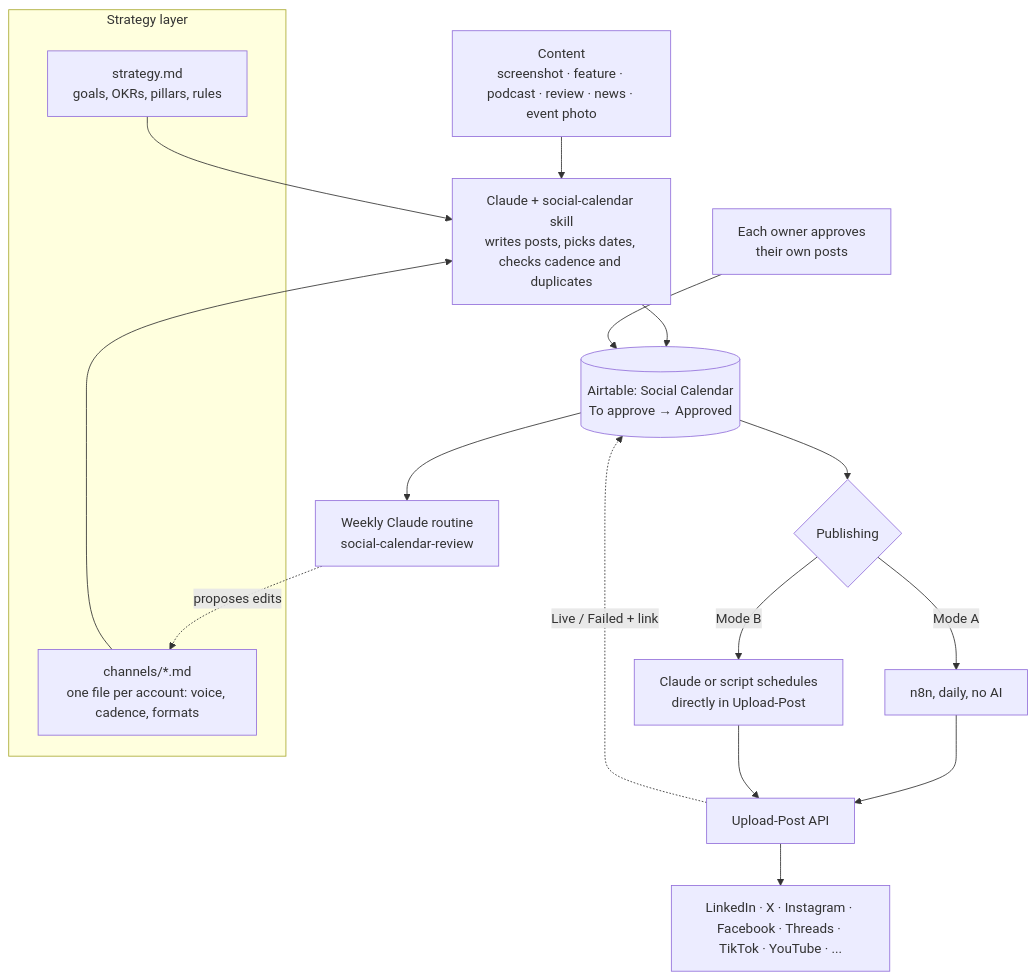
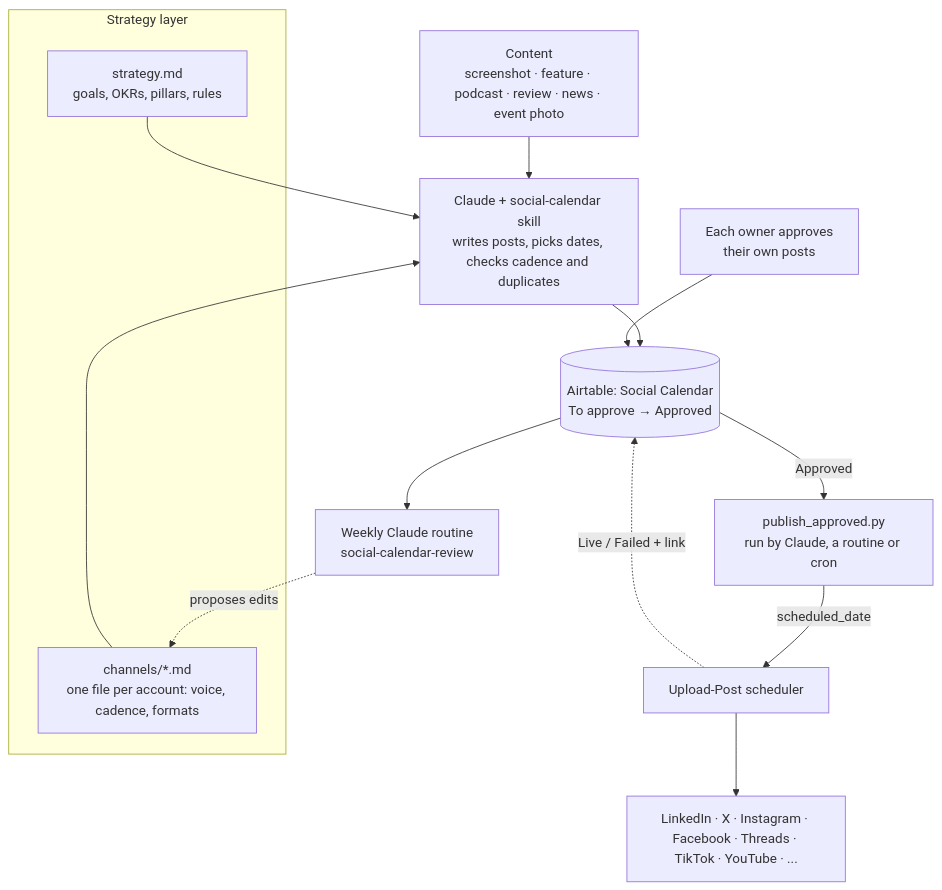
The diagram in README.md (faloppad/agent-social-calendar), drawn with Mermaid before and after one commit. The commit also changed other lines of this file and 12 other files, not shown here.

First line of the commit message:
Drop n8n: publish through Upload-Post's scheduler only

````diff
--- a/README.md
+++ b/README.md
@@ -7,22 +7,19 @@
 ```mermaid
 flowchart TD
   IN["Content<br/>screenshot · feature · podcast · review · news · event photo"] --> SK
   subgraph Strategy layer
     ST[strategy.md<br/>goals, OKRs, pillars, rules]
     CH[channels/*.md<br/>one file per account: voice, cadence, formats]
   end
   ST --> SK
   CH --> SK
   SK["Claude + social-calendar skill<br/>writes posts, picks dates, checks cadence and duplicates"] --> AT
   AT[("Airtable: Social Calendar<br/>To approve → Approved")]
   OW[Each owner approves<br/>their own posts] --> AT
-  AT --> PUB{Publishing}
-  PUB -->|Mode A| N8N[n8n, daily, no AI]
-  PUB -->|Mode B| DIR[Claude or script schedules<br/>directly in Upload-Post]
-  N8N --> UP[Upload-Post API]
-  DIR --> UP
+  AT -->|Approved| PUB["publish_approved.py<br/>run by Claude, a routine or cron"]
+  PUB -->|scheduled_date| UP[Upload-Post scheduler]
   UP --> NET[LinkedIn · X · Instagram · Facebook · Threads · TikTok · YouTube · ...]
   UP -.->|Live / Failed + link| AT
   AT --> REV[Weekly Claude routine<br/>social-calendar-review]
   REV -.->|proposes edits| CH
 ```
````
